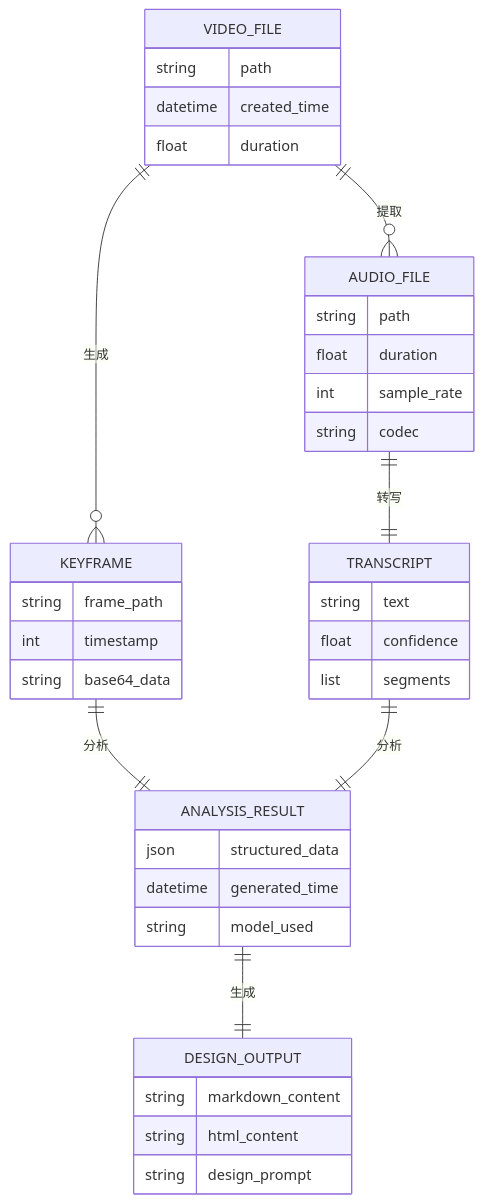
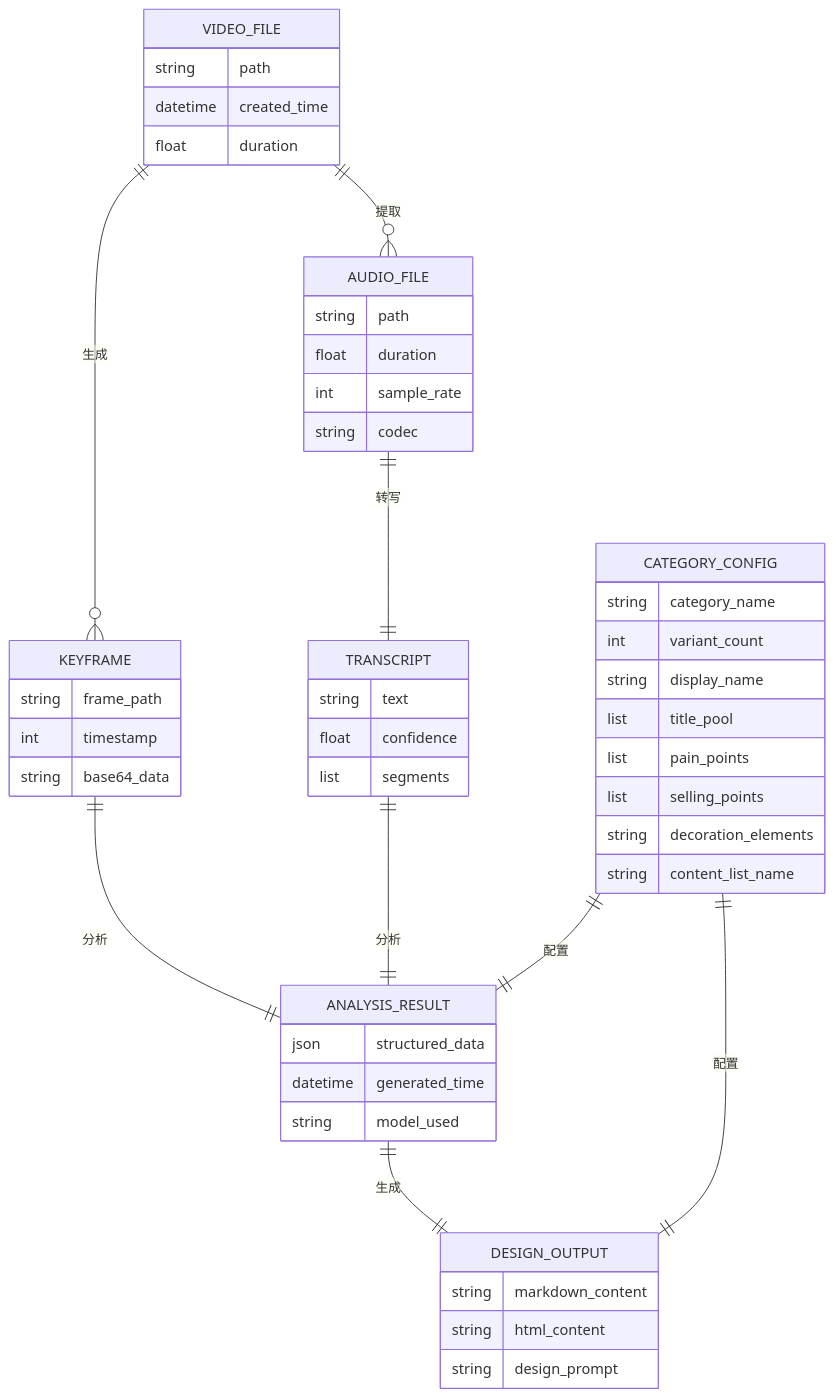
One commit to WongMingJiu/landingpage-test-hero-page changed diagram 11 of 14 in .qoder/repowiki/zh/content/核心模块详解/核心模块详解.md. Above: the diagram before and after it, drawn with Mermaid. The commit also changed other lines of this file and 6 other files, not shown here.

````diff
--- a/.qoder/repowiki/zh/content/核心模块详解/核心模块详解.md
+++ b/.qoder/repowiki/zh/content/核心模块详解/核心模块详解.md
@@ -333,40 +397,52 @@
 ```mermaid
 erDiagram
 VIDEO_FILE {
 string path
 datetime created_time
 float duration
 }
 KEYFRAME {
 string frame_path
 int timestamp
 string base64_data
 }
 AUDIO_FILE {
 string path
 float duration
 int sample_rate
 string codec
 }
 TRANSCRIPT {
 string text
 float confidence
 list segments
 }
 ANALYSIS_RESULT {
 json structured_data
 datetime generated_time
 string model_used
 }
 DESIGN_OUTPUT {
 string markdown_content
 string html_content
 string design_prompt
 }
+CATEGORY_CONFIG {
+string category_name
+int variant_count
+string display_name
+list title_pool
+list pain_points
+list selling_points
+string decoration_elements
+string content_list_name
+}
 VIDEO_FILE ||--o{ KEYFRAME : "生成"
 VIDEO_FILE ||--o{ AUDIO_FILE : "提取"
 AUDIO_FILE ||--|| TRANSCRIPT : "转写"
 KEYFRAME ||--|| ANALYSIS_RESULT : "分析"
 TRANSCRIPT ||--|| ANALYSIS_RESULT : "分析"
 ANALYSIS_RESULT ||--|| DESIGN_OUTPUT : "生成"
+CATEGORY_CONFIG ||--|| ANALYSIS_RESULT : "配置"
+CATEGORY_CONFIG ||--|| DESIGN_OUTPUT : "配置"
 ```
````
